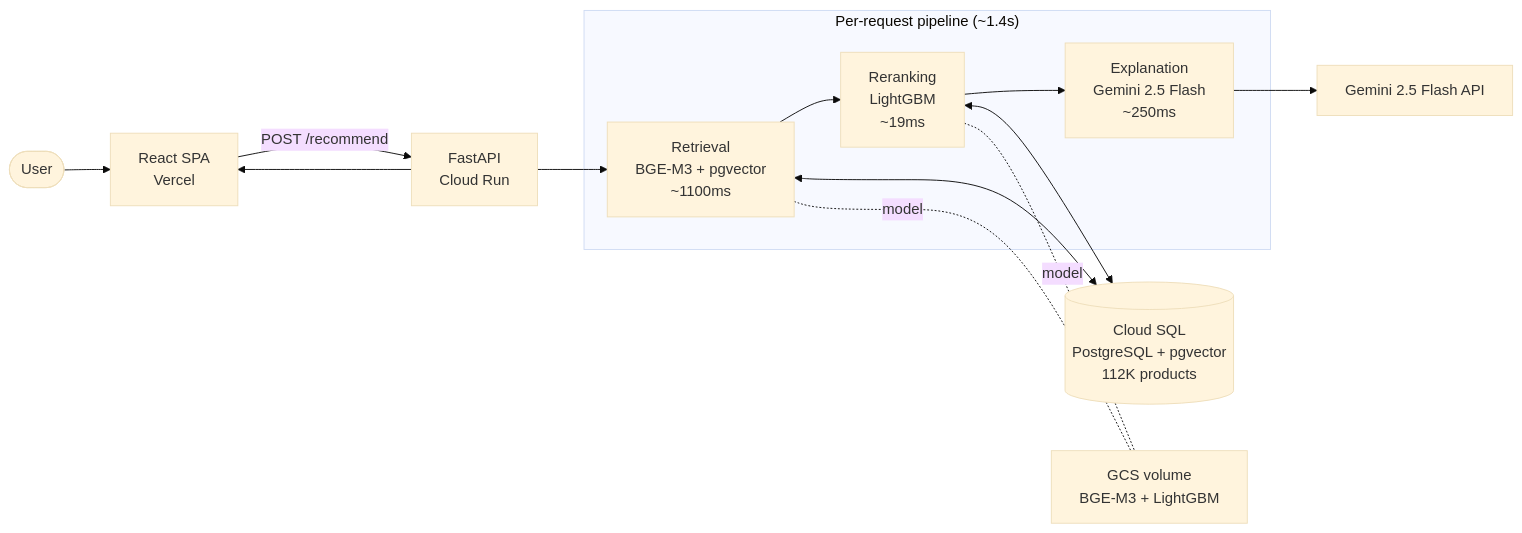
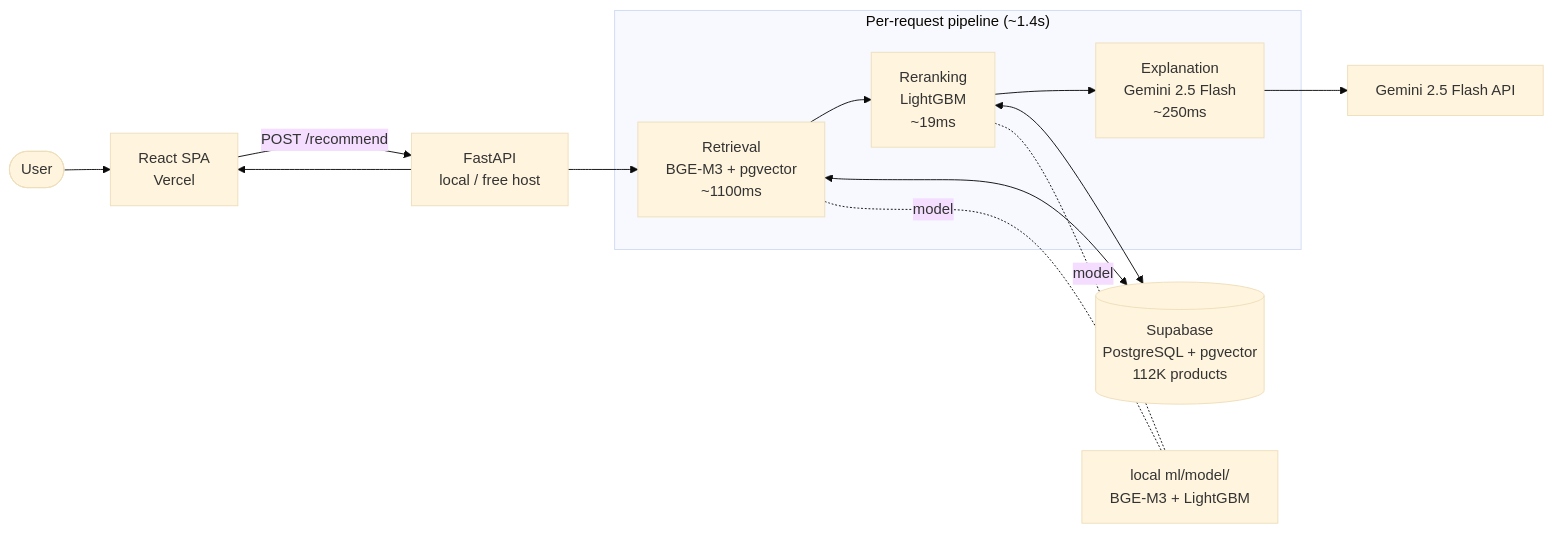
One commit to kevin7548/ChatBeauty changed the first of 2 diagrams in docs/architecture.md. Above: the diagram before and after it, drawn with Mermaid (base theme). The commit also changed other lines of this file and 15 other files, not shown here.

````diff
--- a/docs/architecture.md
+++ b/docs/architecture.md
@@ -13,15 +13,15 @@
 ```mermaid
 flowchart LR
     User([User]) --> FE[React SPA<br/>Vercel]
-    FE -- "POST /recommend" --> API[FastAPI<br/>Cloud Run]
+    FE -- "POST /recommend" --> API[FastAPI<br/>local / free host]
     subgraph Pipeline["Per-request pipeline (~1.4s)"]
         R[Retrieval<br/>BGE-M3 + pgvector<br/>~1100ms] --> RR[Reranking<br/>LightGBM<br/>~19ms] --> EX[Explanation<br/>Gemini 2.5 Flash<br/>~250ms]
     end
     API --> R
-    R <--> DB[(Cloud SQL<br/>PostgreSQL + pgvector<br/>112K products)]
+    R <--> DB[(Supabase<br/>PostgreSQL + pgvector<br/>112K products)]
     RR <--> DB
-    R -. model .- GCS[GCS volume<br/>BGE-M3 + LightGBM]
-    RR -. model .- GCS
+    R -. model .- Models[local ml/model/<br/>BGE-M3 + LightGBM]
+    RR -. model .- Models
     EX --> Gemini[Gemini 2.5 Flash API]
     API --> FE
 ```
````
